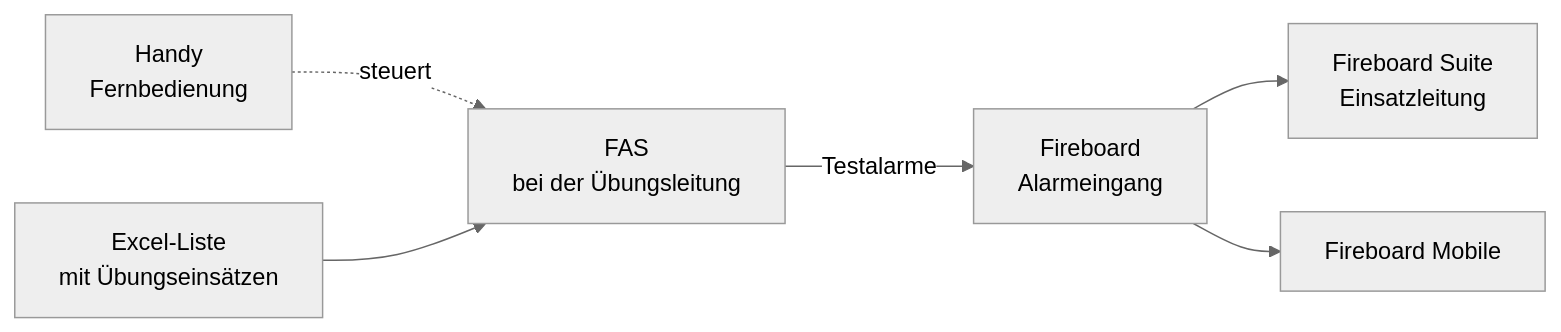
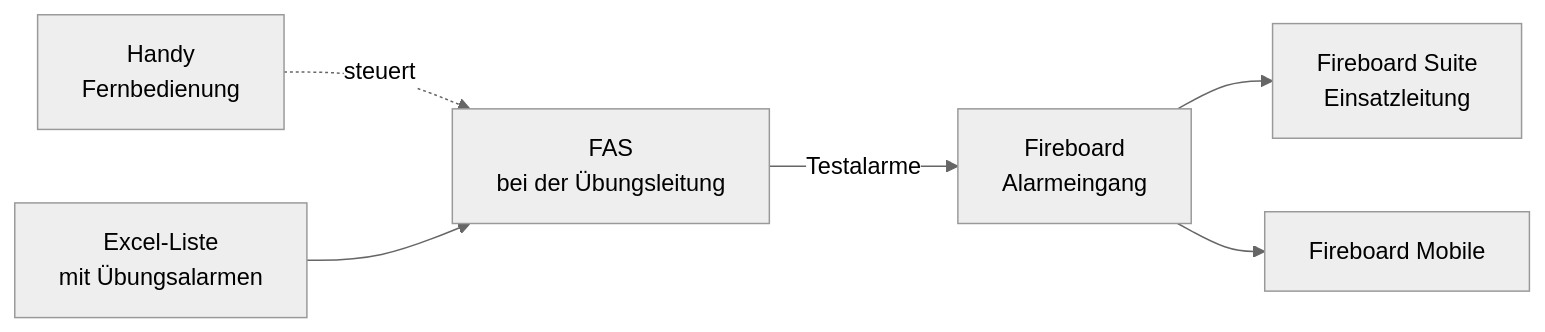
Before and after one commit to kventil/fireboard-alarm-simulator-releases: the first of 4 diagrams in README.md, drawn with Mermaid (neutral theme). The commit also changed other lines of this file and 10 other files, not shown here.

````diff
--- a/README.md
+++ b/README.md
@@ -19,8 +19,8 @@
 ```mermaid
 flowchart LR
     H["Handy<br/>Fernbedienung"] -.->|steuert| B
-    A["Excel-Liste<br/>mit Übungseinsätzen"] --> B["FAS<br/>bei der Übungsleitung"]
+    A["Excel-Liste<br/>mit Übungsalarmen"] --> B["FAS<br/>bei der Übungsleitung"]
     B -- "Testalarme" --> C["Fireboard<br/>Alarmeingang"]
     C --> D["Fireboard Suite<br/>Einsatzleitung"]
     C --> E["Fireboard Mobile"]
 ```
````
